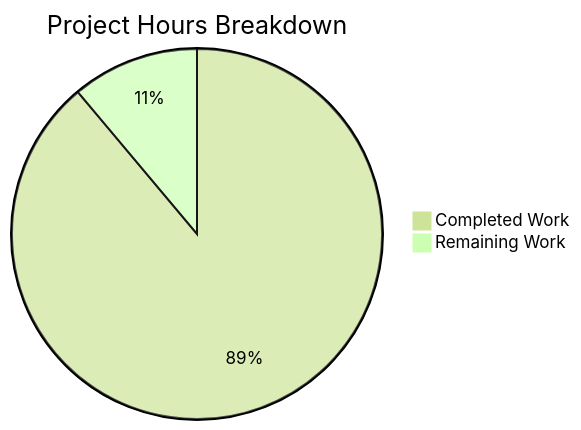
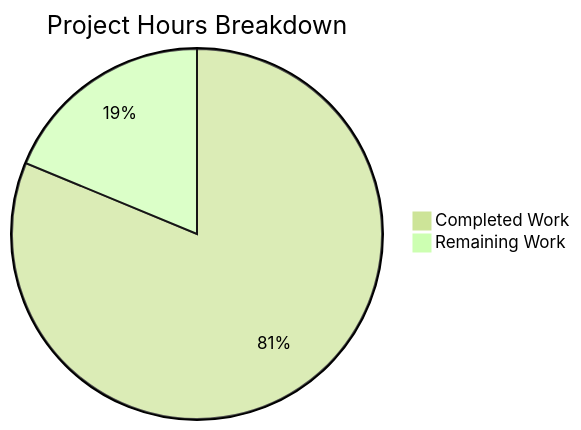
Before and after one commit to TestadoBlitzy/Existing-product: the second of 2 diagrams in blitzy/documentation/Project Guide.md, drawn with Mermaid (forest theme). The commit also changed other lines of this file, not shown here.

Commit message:
Adding Blitzy Project Guide: Project Status and Human Tasks Remaining

````diff
--- a/blitzy/documentation/Project Guide.md
+++ b/blitzy/documentation/Project Guide.md
@@ -185,5 +168,5 @@
 ```mermaid
 pie title Project Hours Breakdown
-    "Completed Work" : 24
-    "Remaining Work" : 3
+    "Completed Work" : 6.5
+    "Remaining Work" : 1.5
 ```
````
